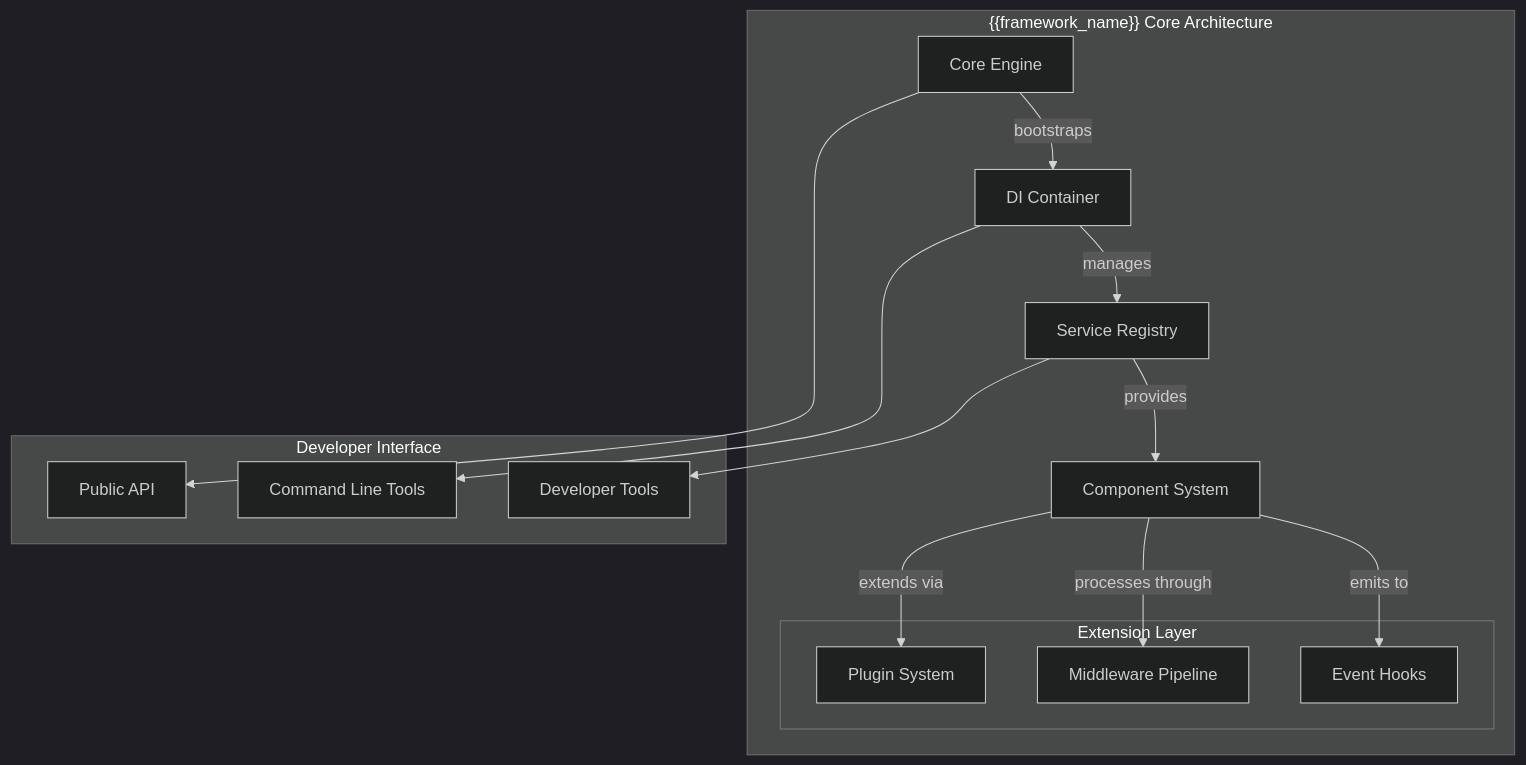
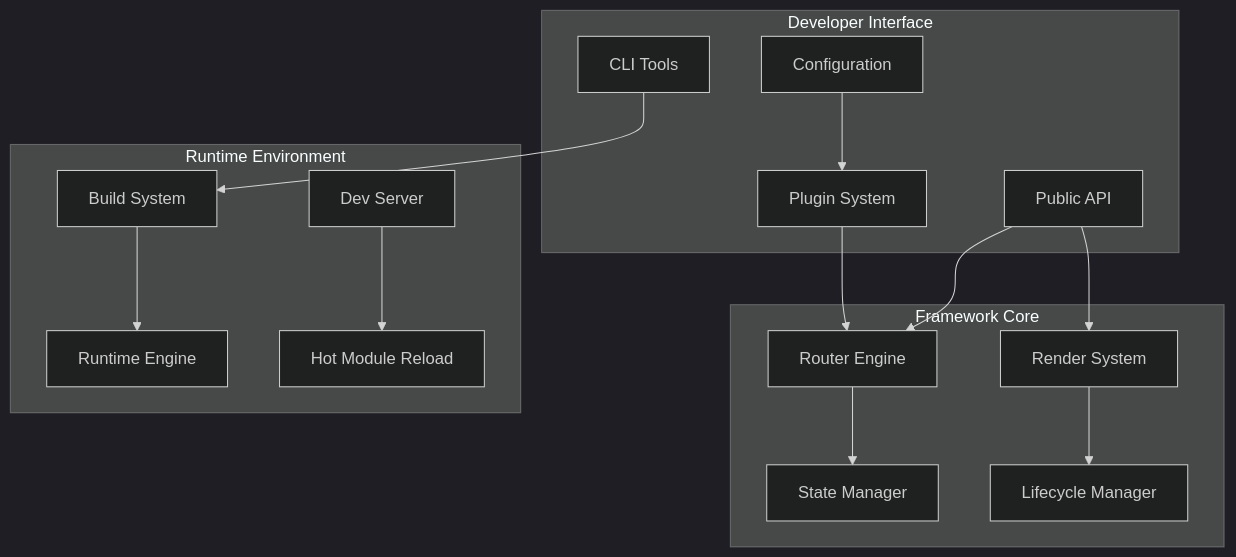
Before and after one commit to xincheng213618/OpenDeepWiki: the first of 6 diagrams in src/KoalaWiki/Prompts/Warehouse/GenerateDocsFrameworks.md, drawn with Mermaid (dark theme). The commit also changed other lines of this file and 8 other files, not shown here.

````diff
--- a/src/KoalaWiki/Prompts/Warehouse/GenerateDocsFrameworks.md
+++ b/src/KoalaWiki/Prompts/Warehouse/GenerateDocsFrameworks.md
@@ -874,28 +165,30 @@
 ```mermaid
 graph TB
-    subgraph "{{framework_name}} Core Architecture"
-        Core[Core Engine] --> |bootstraps| Container[DI Container]
-        Container --> |manages| Services[Service Registry]
-        Services --> |provides| Components[Component System]
-        
-        subgraph "Extension Layer"
-            Plugins[Plugin System]
-            Middleware[Middleware Pipeline]
-            Hooks[Event Hooks]
-        end
-        
-        Components --> |extends via| Plugins
-        Components --> |processes through| Middleware
-        Components --> |emits to| Hooks
+    subgraph "Framework Core"
+        ROUTER[Router Engine]
+        RENDERER[Render System]
+        STATE[State Manager]
+        LIFECYCLE[Lifecycle Manager]
     end
-    
     subgraph "Developer Interface"
         API[Public API]
-        CLI[Command Line Tools]
-        Devtools[Developer Tools]
+        CLI[CLI Tools]
+        CONFIG[Configuration]
+        PLUGINS[Plugin System]
     end
-    
-    Core --> API
-    Container --> CLI
-    Services --> Devtools
+    subgraph "Runtime Environment"
+        RUNTIME[Runtime Engine]
+        BUNDLER[Build System]
+        DEV[Dev Server]
+        HMR[Hot Module Reload]
+    end
+    API --> ROUTER
+    API --> RENDERER
+    ROUTER --> STATE
+    RENDERER --> LIFECYCLE
+    CONFIG --> PLUGINS
+    PLUGINS --> ROUTER
+    CLI --> BUNDLER
+    BUNDLER --> RUNTIME
+    DEV --> HMR
 ```
````
